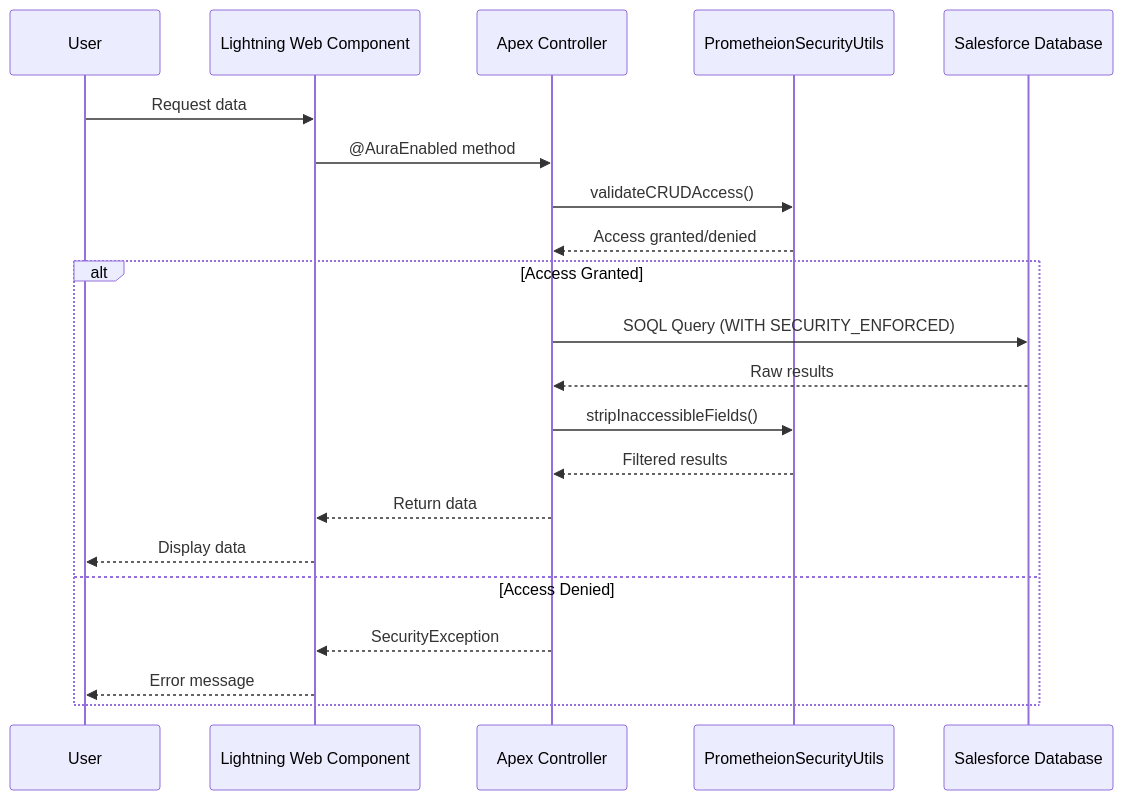
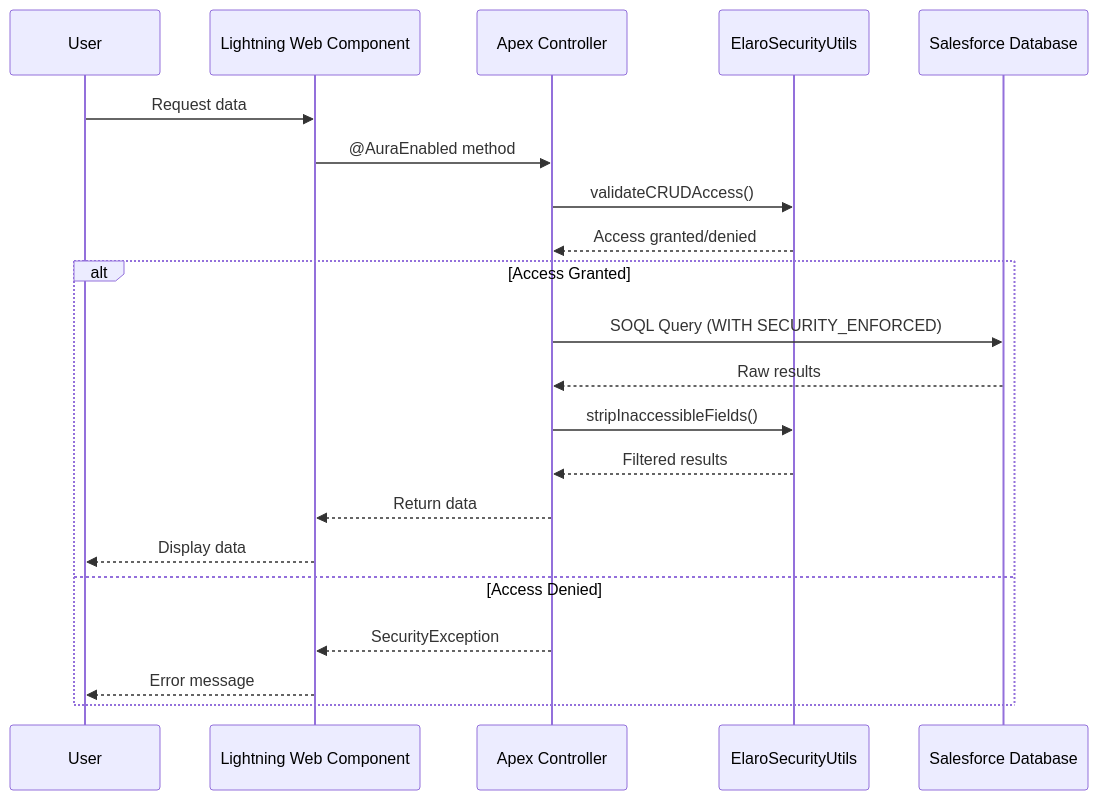
Before and after one commit to derickporter1993/Solentra---Prometheion: the sixth of 6 diagrams in docs/DATA_FLOWS.md, drawn with Mermaid. The commit also changed other lines of this file and 973 other files, not shown here.

First line of the commit message:
refactor: Rename Prometheion to Elaro across entire codebase

````diff
--- a/docs/DATA_FLOWS.md
+++ b/docs/DATA_FLOWS.md
@@ -204,24 +204,24 @@
 ```mermaid
 sequenceDiagram
     participant User
     participant LWC as Lightning Web Component
     participant Apex as Apex Controller
-    participant Security as PrometheionSecurityUtils
+    participant Security as ElaroSecurityUtils
     participant DB as Salesforce Database
 
     User->>LWC: Request data
     LWC->>Apex: @AuraEnabled method
     Apex->>Security: validateCRUDAccess()
     Security-->>Apex: Access granted/denied
     alt Access Granted
         Apex->>DB: SOQL Query (WITH SECURITY_ENFORCED)
         DB-->>Apex: Raw results
         Apex->>Security: stripInaccessibleFields()
         Security-->>Apex: Filtered results
         Apex-->>LWC: Return data
         LWC-->>User: Display data
     else Access Denied
         Apex-->>LWC: SecurityException
         LWC-->>User: Error message
     end
 ```
````
